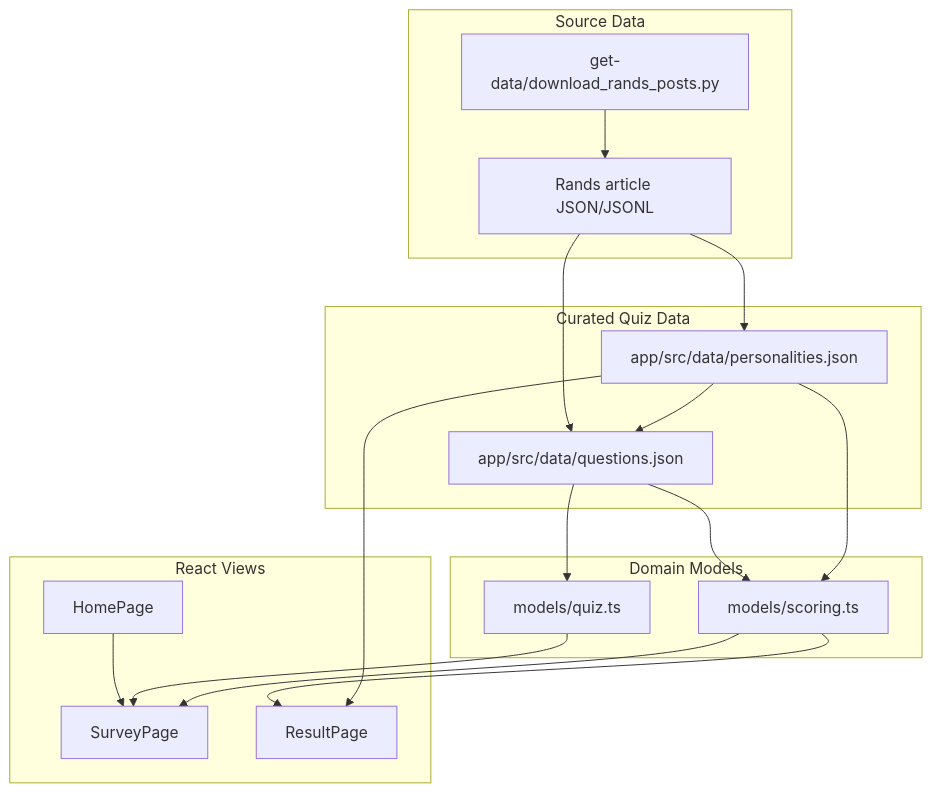
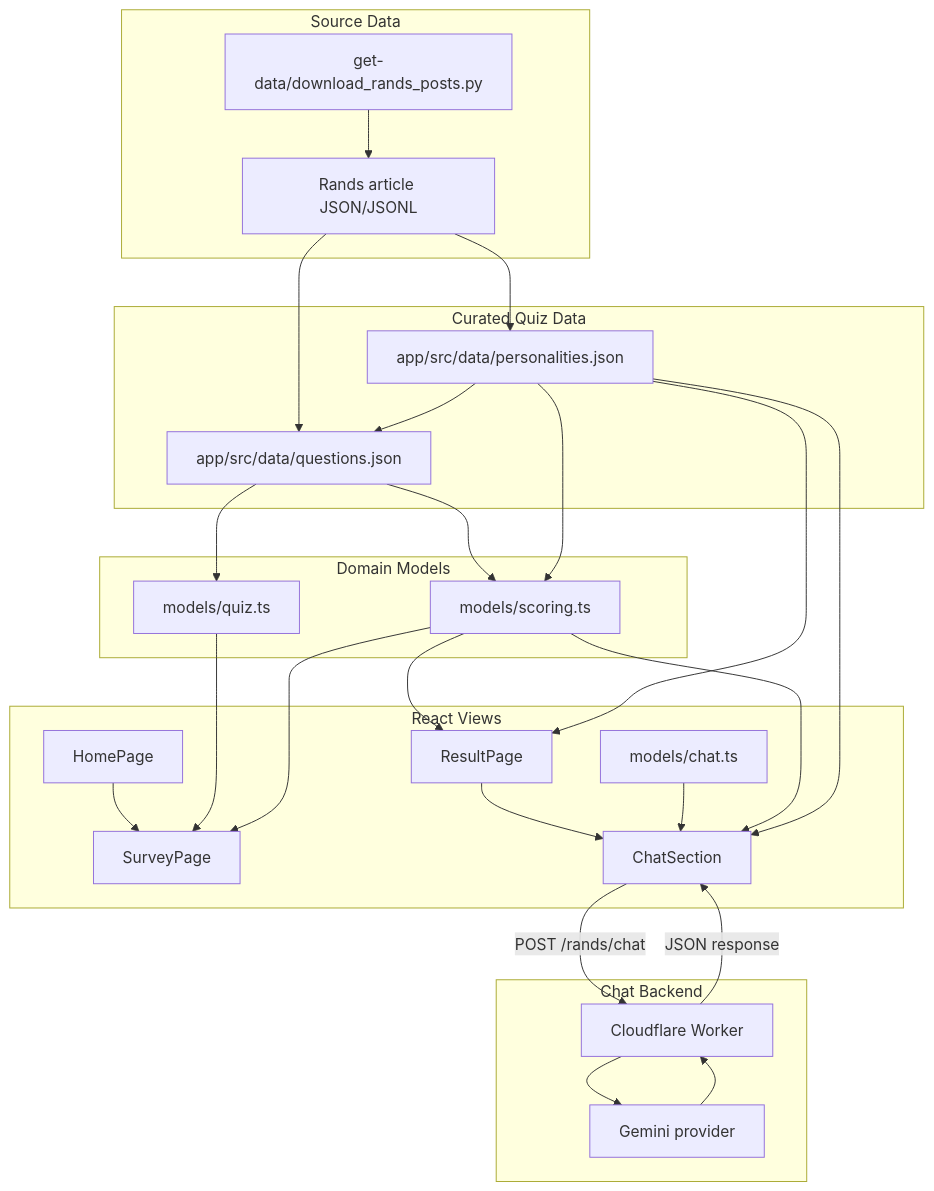
One commit to johnpfeiffer/rands-personality-game changed the first of 3 diagrams in architecture.md. Above: the diagram before and after it, drawn with Mermaid. The commit also changed other lines of this file and 6 other files, not shown here.

````diff
--- a/architecture.md
+++ b/architecture.md
@@ -8,26 +8,37 @@
 ```mermaid
 flowchart TD
     subgraph Source["Source Data"]
         Downloader["get-data/download_rands_posts.py"] --> Articles["Rands article JSON/JSONL"]
     end
 
     subgraph Data["Curated Quiz Data"]
         Articles --> Personalities["app/src/data/personalities.json"]
         Articles --> Questions["app/src/data/questions.json"]
         Personalities --> Questions
     end
 
     subgraph Models["Domain Models"]
         Questions --> QuizModel["models/quiz.ts"]
         Questions --> ScoringModel["models/scoring.ts"]
         Personalities --> ScoringModel
     end
 
     subgraph Views["React Views"]
         Home["HomePage"] --> Survey["SurveyPage"]
         QuizModel --> Survey
         ScoringModel --> Survey
         ScoringModel --> Result["ResultPage"]
         Personalities --> Result
+        Result --> Chat["ChatSection"]
+        ChatModel["models/chat.ts"] --> Chat
+        ScoringModel --> Chat
+        Personalities --> Chat
+    end
+
+    subgraph ChatBackend["Chat Backend"]
+        Chat -->|POST /rands/chat| Worker["Cloudflare Worker"]
+        Worker --> Provider["Gemini provider"]
+        Provider --> Worker
+        Worker -->|JSON response| Chat
     end
 ```
````
